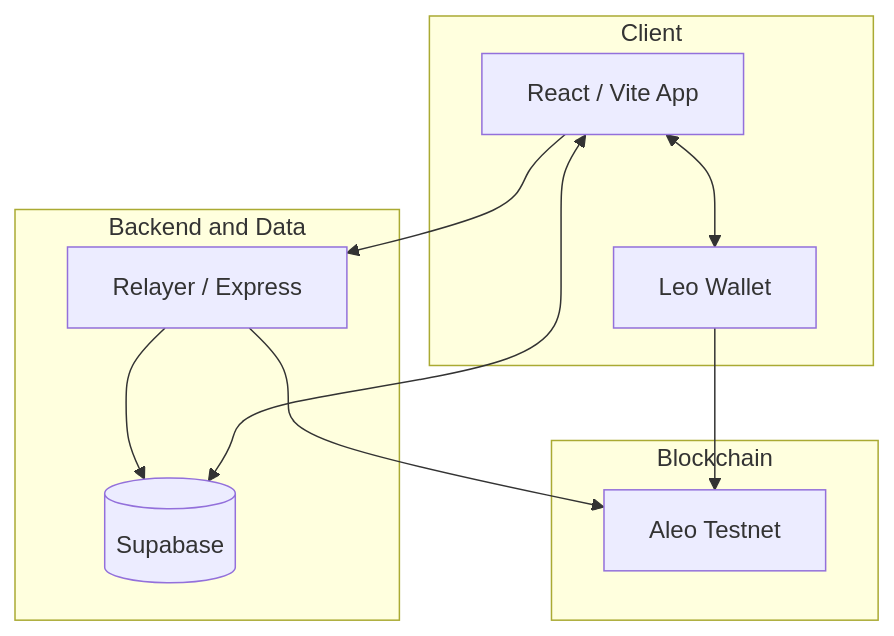
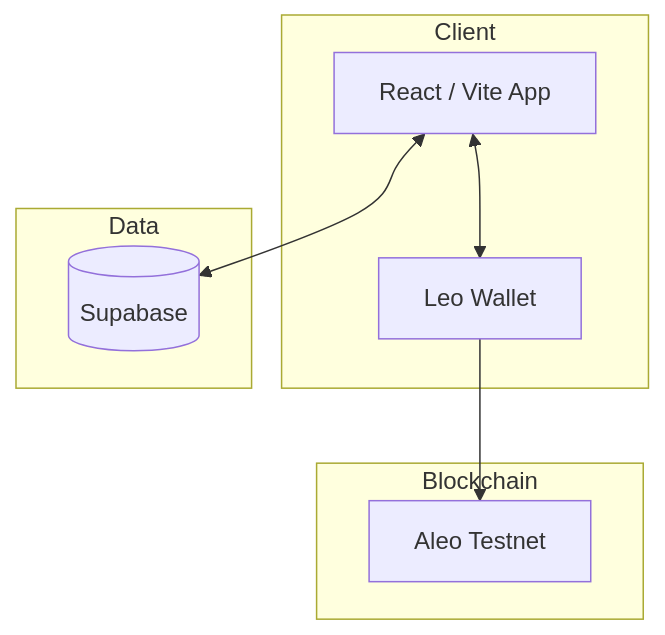
One commit to AmaanSayyad/PrivatePay-Aleo changed the fourth of 6 diagrams in README.md. Above: the diagram before and after it, drawn with Mermaid. The commit also changed other lines of this file, not shown here.

````diff
--- a/README.md
+++ b/README.md
@@ -275,23 +263,19 @@
 ```mermaid
 flowchart TB
   subgraph Client["Client"]
     UI[React / Vite App]
     Leo[Leo Wallet]
   end
 
   subgraph Chains["Blockchain"]
     Aleo[Aleo Testnet]
   end
 
-  subgraph Backend["Backend and Data"]
+  subgraph Data["Data"]
     Supabase[(Supabase)]
-    Relayer[Relayer / Express]
   end
 
   UI <--> Leo
   Leo --> Aleo
   UI <--> Supabase
-  UI --> Relayer
-  Relayer --> Aleo
-  Relayer --> Supabase
 ```
````
